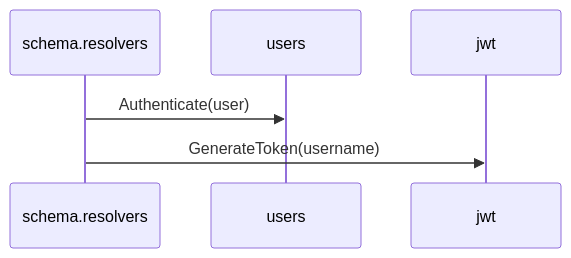
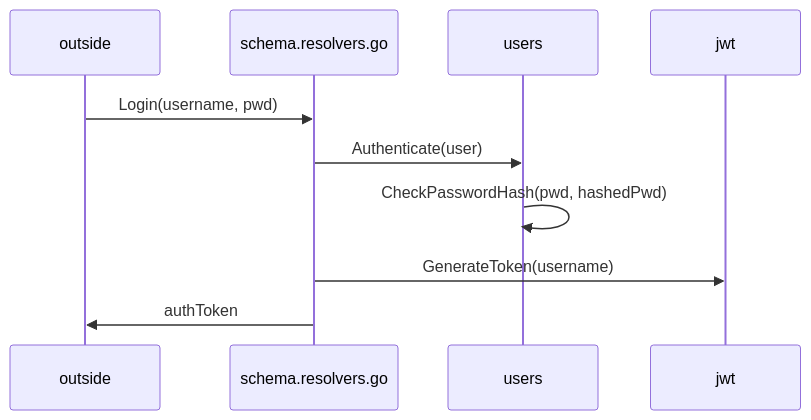
The sixth of 6 diagrams in documentation/AuthFlow.md (ellieasager/hackernewsJwt), drawn with Mermaid before and after one commit. The commit also changed other lines of this file and 1 other file, not shown here.

````diff
--- a/documentation/AuthFlow.md
+++ b/documentation/AuthFlow.md
@@ -61,8 +92,12 @@
 ```mermaid
 sequenceDiagram
-    participant schema.resolvers
+    participant outside
+    participant schema.resolvers.go
     participant users
     participant jwt
-    schema.resolvers->>users: Authenticate(user)
-    schema.resolvers->>jwt: GenerateToken(username)
+    outside->>schema.resolvers.go: Login(username, pwd)
+    schema.resolvers.go->>users: Authenticate(user)
+    users->>users: CheckPasswordHash(pwd, hashedPwd)
+    schema.resolvers.go->>jwt: GenerateToken(username)
+    schema.resolvers.go->>outside: authToken
 ```
````
